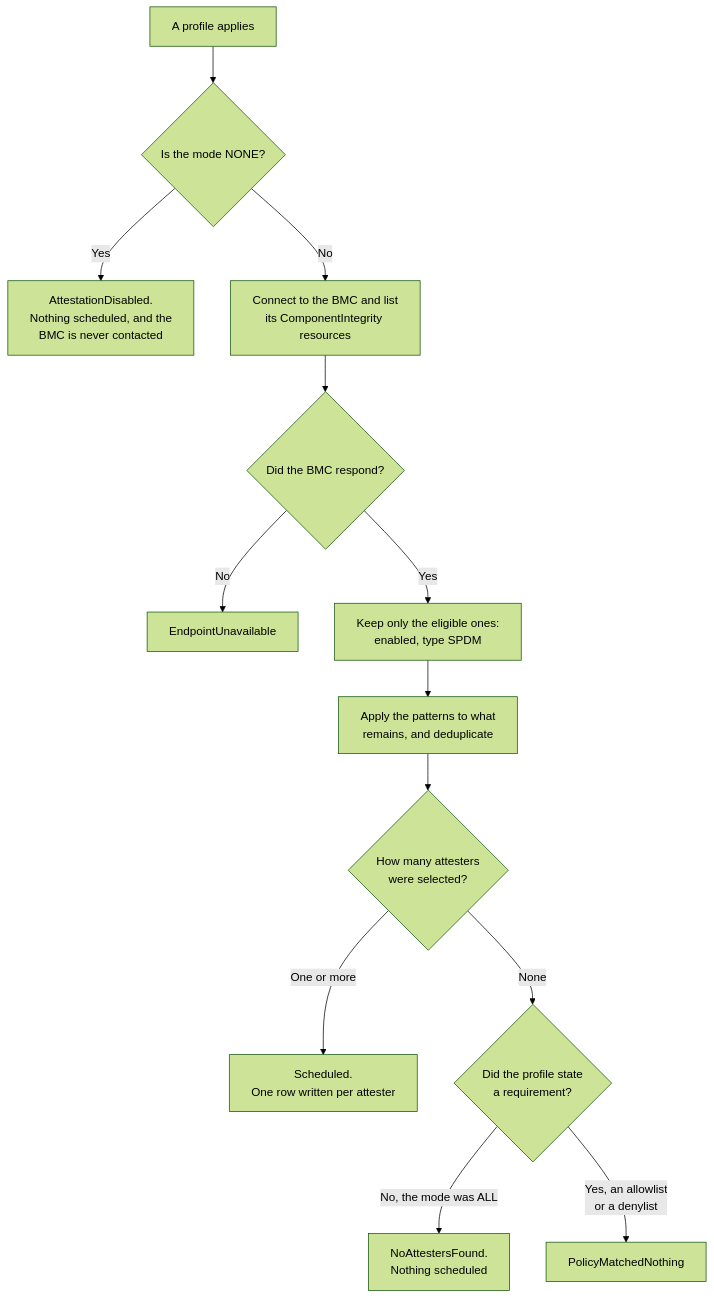
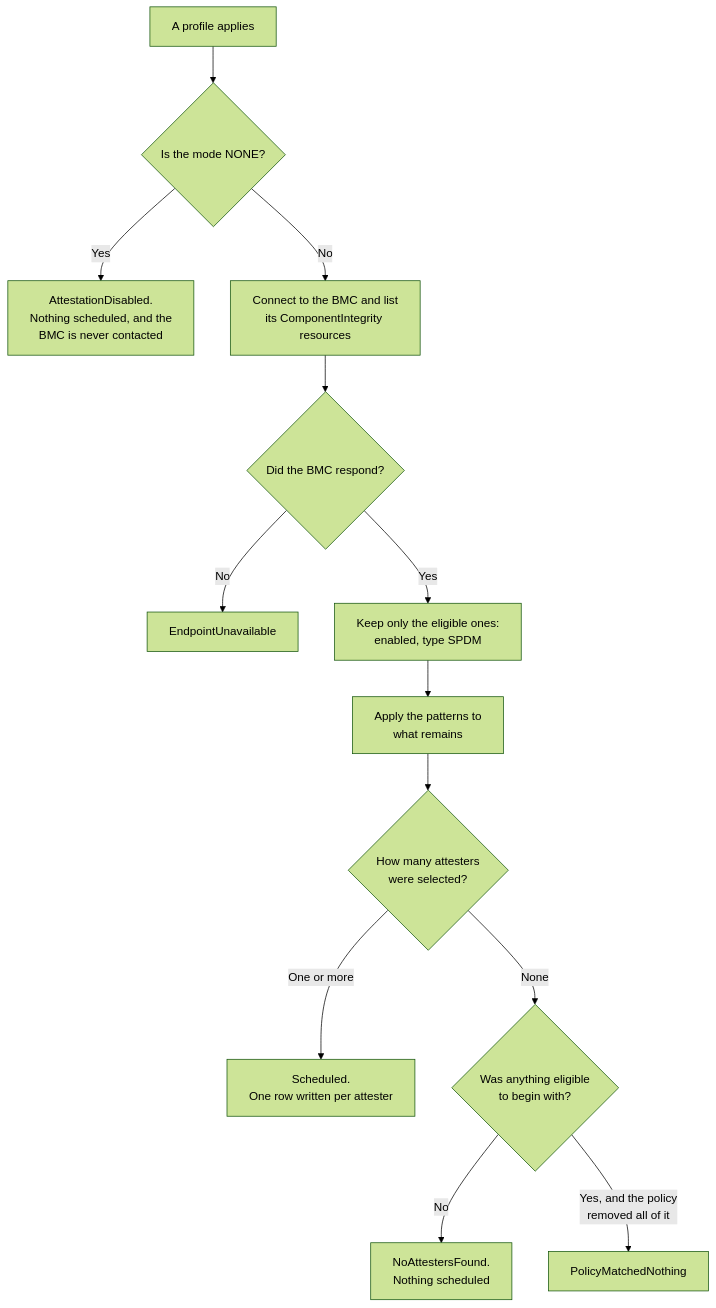
One commit to dsx-ai-factory/infra-controller changed the second of 3 diagrams in docs/design/attestation/attestation-profiles.md. Above: the diagram before and after it, drawn with Mermaid (forest theme). The commit also changed other lines of this file and 6 other files, not shown here.

````diff
--- a/docs/design/attestation/attestation-profiles.md
+++ b/docs/design/attestation/attestation-profiles.md
@@ -305,20 +303,20 @@
 ```mermaid
 flowchart TD
     P["A profile applies"] --> Q1{"Is the mode NONE?"}
 
     Q1 -->|"Yes"| O1["AttestationDisabled.<br/>Nothing scheduled, and the<br/>BMC is never contacted"]
     Q1 -->|"No"| S0["Connect to the BMC and list<br/>its ComponentIntegrity resources"]
 
     S0 --> Q2{"Did the BMC respond?"}
     Q2 -->|"No"| O2["EndpointUnavailable"]
     Q2 -->|"Yes"| S1["Keep only the eligible ones:<br/>enabled, type SPDM"]
 
-    S1 --> S2["Apply the patterns to what<br/>remains, and deduplicate"]
+    S1 --> S2["Apply the patterns to<br/>what remains"]
     S2 --> Q3{"How many attesters<br/>were selected?"}
 
     Q3 -->|"One or more"| O3["Scheduled.<br/>One row written per attester"]
-    Q3 -->|"None"| Q4{"Did the profile state<br/>a requirement?"}
+    Q3 -->|"None"| Q4{"Was anything eligible<br/>to begin with?"}
 
-    Q4 -->|"No, the mode was ALL"| O4["NoAttestersFound.<br/>Nothing scheduled"]
-    Q4 -->|"Yes, an allowlist<br/>or a denylist"| O5["PolicyMatchedNothing"]
+    Q4 -->|"No"| O4["NoAttestersFound.<br/>Nothing scheduled"]
+    Q4 -->|"Yes, and the policy<br/>removed all of it"| O5["PolicyMatchedNothing"]
 ```
````
